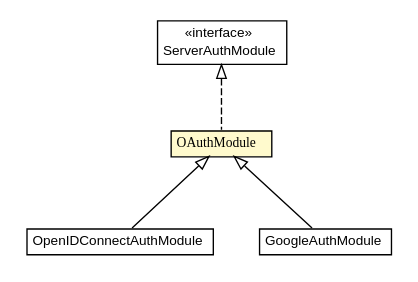
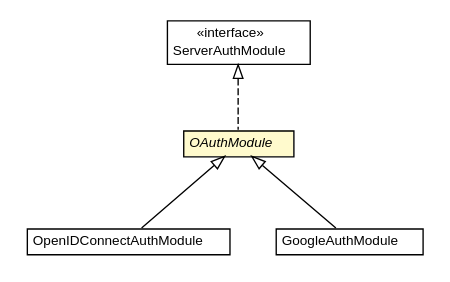
Before and after one commit to trajano/server-auth-modules: the diagram in apidocs/net/trajano/auth/OAuthModule.dot, drawn with Graphviz. The commit also changed 177 other files, not shown here.

```diff
--- a/apidocs/net/trajano/auth/OAuthModule.dot
+++ b/apidocs/net/trajano/auth/OAuthModule.dot
@@ -1,43 +1,43 @@
 #!/usr/local/bin/dot
 #
 # Class diagram 
 # Generated by UMLGraph version R5_6-24-gf6e263 (http://www.umlgraph.org/)
 #
 
 digraph G {
-	edge [fontname="arial",fontsize=10,labelfontname="arial",labelfontsize=10];
-	node [fontname="arial",fontsize=10,shape=plaintext];
+	edge [fontname="Helvetica",fontsize=10,labelfontname="Helvetica",labelfontsize=10];
+	node [fontname="Helvetica",fontsize=10,shape=plaintext];
 	nodesep=0.25;
 	ranksep=0.5;
+	// net.trajano.auth.OAuthModule
+	c74 [label=<<table title="net.trajano.auth.OAuthModule" border="0" cellborder="1" cellspacing="0" cellpadding="2" port="p" bgcolor="lemonChiffon" href="./OAuthModule.html">
+		<tr><td><table border="0" cellspacing="0" cellpadding="1">
+<tr><td align="center" balign="center"><font face="Helvetica-Oblique"> OAuthModule </font></td></tr>
+		</table></td></tr>
+		</table>>, URL="./OAuthModule.html", fontname="Helvetica", fontcolor="black", fontsize=10.0];
 	// net.trajano.auth.OpenIDConnectAuthModule
-	c73 [label=<<table title="net.trajano.auth.OpenIDConnectAuthModule" border="0" cellborder="1" cellspacing="0" cellpadding="2" port="p" href="./OpenIDConnectAuthModule.html">
+	c75 [label=<<table title="net.trajano.auth.OpenIDConnectAuthModule" border="0" cellborder="1" cellspacing="0" cellpadding="2" port="p" href="./OpenIDConnectAuthModule.html">
 		<tr><td><table border="0" cellspacing="0" cellpadding="1">
 <tr><td align="center" balign="center"> OpenIDConnectAuthModule </td></tr>
 		</table></td></tr>
-		</table>>, URL="./OpenIDConnectAuthModule.html", fontname="arial", fontcolor="black", fontsize=10.0];
-	// net.trajano.auth.OAuthModule
-	c74 [label=<<table title="net.trajano.auth.OAuthModule" border="0" cellborder="1" cellspacing="0" cellpadding="2" port="p" bgcolor="lemonChiffon" href="./OAuthModule.html">
-		<tr><td><table border="0" cellspacing="0" cellpadding="1">
-<tr><td align="center" balign="center"><font face="arial italic"> OAuthModule </font></td></tr>
-		</table></td></tr>
-		</table>>, URL="./OAuthModule.html", fontname="arial", fontcolor="black", fontsize=10.0];
+		</table>>, URL="./OpenIDConnectAuthModule.html", fontname="Helvetica", fontcolor="black", fontsize=10.0];
 	// net.trajano.auth.GoogleAuthModule
 	c76 [label=<<table title="net.trajano.auth.GoogleAuthModule" border="0" cellborder="1" cellspacing="0" cellpadding="2" port="p" href="./GoogleAuthModule.html">
 		<tr><td><table border="0" cellspacing="0" cellpadding="1">
 <tr><td align="center" balign="center"> GoogleAuthModule </td></tr>
 		</table></td></tr>
-		</table>>, URL="./GoogleAuthModule.html", fontname="arial", fontcolor="black", fontsize=10.0];
-	//net.trajano.auth.OpenIDConnectAuthModule extends net.trajano.auth.OAuthModule
-	c74:p -> c73:p [dir=back,arrowtail=empty];
+		</table>>, URL="./GoogleAuthModule.html", fontname="Helvetica", fontcolor="black", fontsize=10.0];
 	//net.trajano.auth.OAuthModule implements javax.security.auth.message.module.ServerAuthModule
 	c83:p -> c74:p [dir=back,arrowtail=empty,style=dashed];
+	//net.trajano.auth.OpenIDConnectAuthModule extends net.trajano.auth.OAuthModule
+	c74:p -> c75:p [dir=back,arrowtail=empty];
 	//net.trajano.auth.GoogleAuthModule extends net.trajano.auth.OAuthModule
 	c74:p -> c76:p [dir=back,arrowtail=empty];
 	// javax.security.auth.message.module.ServerAuthModule
 	c83 [label=<<table title="javax.security.auth.message.module.ServerAuthModule" border="0" cellborder="1" cellspacing="0" cellpadding="2" port="p" href="http://java.sun.com/j2se/1.4.2/docs/api/javax/security/auth/message/module/ServerAuthModule.html">
 		<tr><td><table border="0" cellspacing="0" cellpadding="1">
 <tr><td align="center" balign="center"> &#171;interface&#187; </td></tr>
 <tr><td align="center" balign="center"> ServerAuthModule </td></tr>
 		</table></td></tr>
-		</table>>, URL="http://java.sun.com/j2se/1.4.2/docs/api/javax/security/auth/message/module/ServerAuthModule.html", fontname="arial", fontcolor="black", fontsize=10.0];
+		</table>>, URL="http://java.sun.com/j2se/1.4.2/docs/api/javax/security/auth/message/module/ServerAuthModule.html", fontname="Helvetica", fontcolor="black", fontsize=10.0];
 }
```
